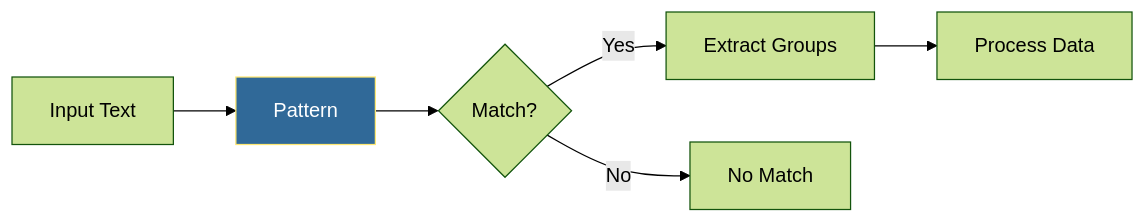
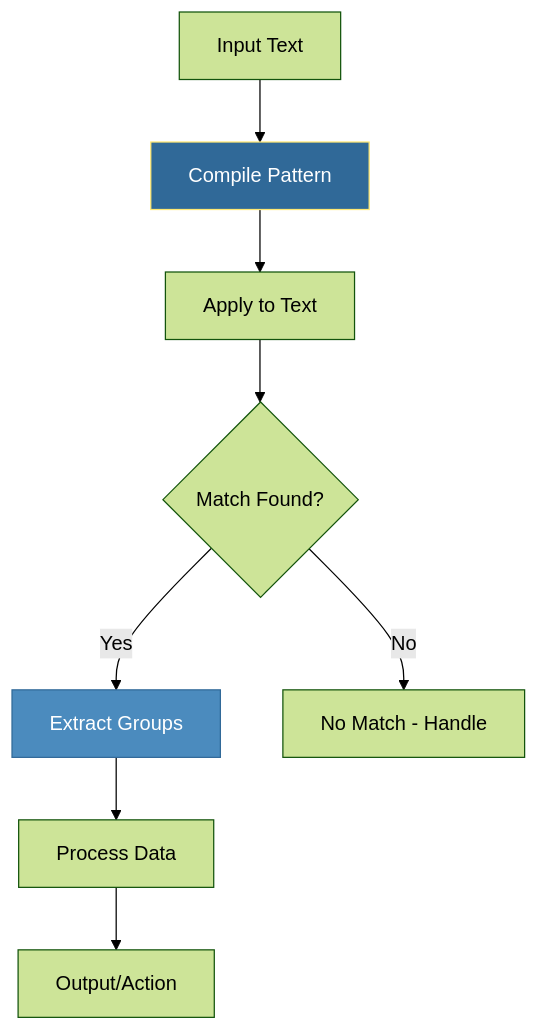
Before and after one commit to Ganil151/Devops: the first of 2 diagrams in 1-Beginner/02-Phase-2/01-Automation/02-Python-Basics/13-Regular-Expressions/README.md, drawn with Mermaid (forest theme). The commit also changed other lines of this file and 74 other files, not shown here.

````diff
--- a/1-Beginner/02-Phase-2/01-Automation/02-Python-Basics/13-Regular-Expressions/README.md
+++ b/1-Beginner/02-Phase-2/01-Automation/02-Python-Basics/13-Regular-Expressions/README.md
@@ -18,10 +20,13 @@
 ```mermaid
-flowchart LR
-    A[Input Text] --> B[Pattern]
-    B --> C{Match?}
-    C -->|Yes| D[Extract Groups]
-    C -->|No| E[No Match]
-    D --> F[Process Data]
+flowchart TD
+    A[Input Text] --> B[Compile Pattern]
+    B --> C[Apply to Text]
+    C --> D{Match Found?}
+    D -->|Yes| E[Extract Groups]
+    D -->|No| F[No Match - Handle]
+    E --> G[Process Data]
+    G --> H[Output/Action]
     
     style B fill:#306998,stroke:#ffe873,color:#fff
+    style E fill:#4b8bbe,stroke:#306998,color:#fff
 ```
````
